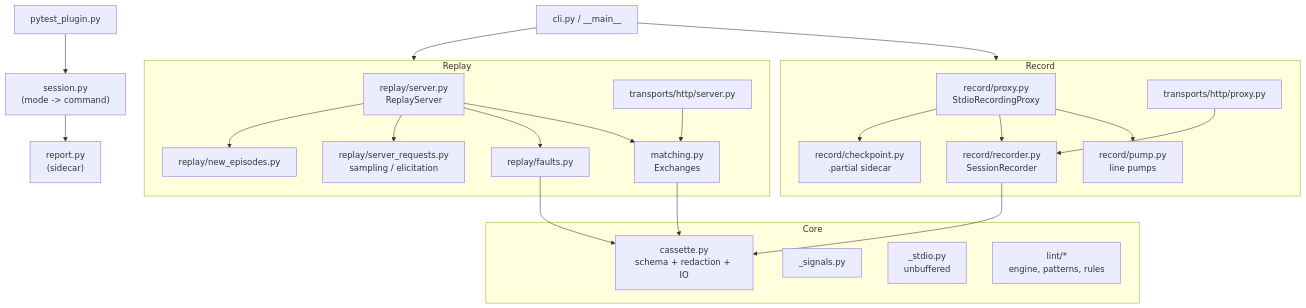
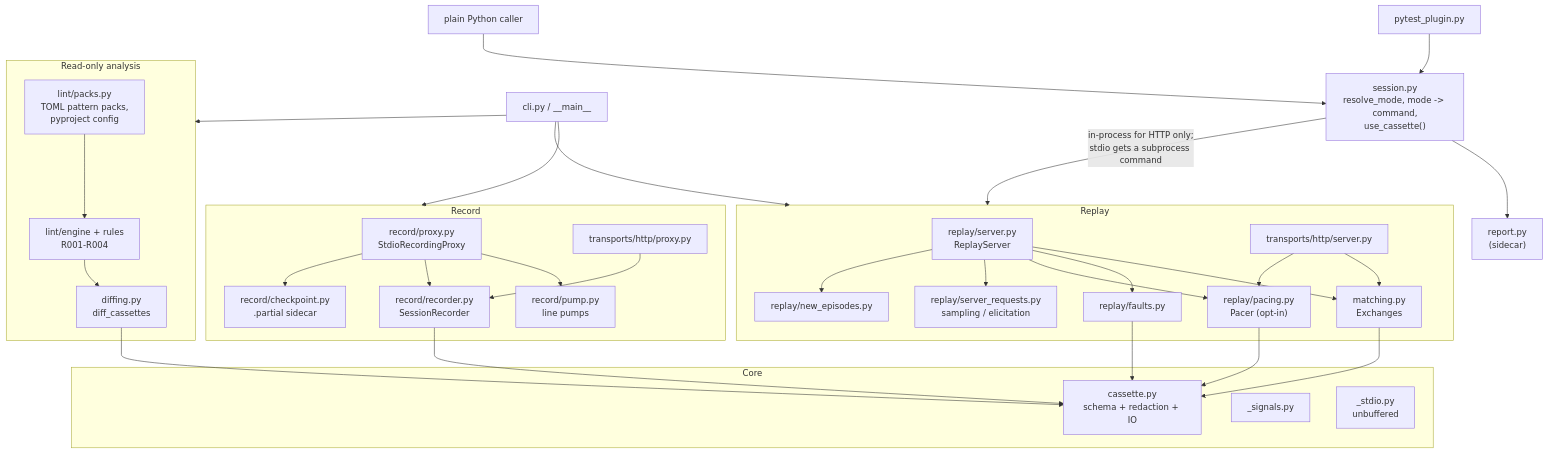
One commit to cheneeheng/mcp-cassette changed the second of 5 diagrams in .agents_workspace/ARCHITECTURE.md. Above: the diagram before and after it, drawn with Mermaid. The commit also changed other lines of this file, not shown here.

First line of the commit message:
docs(architecture): bring the living picture up to v0.3.0

````diff
--- a/.agents_workspace/ARCHITECTURE.md
+++ b/.agents_workspace/ARCHITECTURE.md
@@ -23,33 +25,47 @@
 ```mermaid
 flowchart TB
     cli["cli.py / __main__"] --> rec
     cli --> rep
-    fixture["pytest_plugin.py"] --> session["session.py<br/>(mode -> command)"]
+    cli --> tools
+    fixture["pytest_plugin.py"] --> session["session.py<br/>resolve_mode, mode -> command,<br/>use_cassette()"]
+    library["plain Python caller"] --> session
     session --> report["report.py<br/>(sidecar)"]
 
     subgraph rec["Record"]
         proxy["record/proxy.py<br/>StdioRecordingProxy"] --> pump["record/pump.py<br/>line pumps"]
         proxy --> recorder["record/recorder.py<br/>SessionRecorder"]
         proxy --> ckpt["record/checkpoint.py<br/>.partial sidecar"]
         httpproxy["transports/http/proxy.py"] --> recorder
     end
 
     subgraph rep["Replay"]
         rserver["replay/server.py<br/>ReplayServer"] --> matching["matching.py<br/>Exchanges"]
         rserver --> faults["replay/faults.py"]
+        rserver --> pacing["replay/pacing.py<br/>Pacer (opt-in)"]
         rserver --> sreq["replay/server_requests.py<br/>sampling / elicitation"]
         rserver --> newep["replay/new_episodes.py"]
         httpserver["transports/http/server.py"] --> matching
+        httpserver --> pacing
+    end
+
+    subgraph tools["Read-only analysis"]
+        diffing["diffing.py<br/>diff_cassettes"]
+        lint["lint/engine + rules<br/>R001-R004"]
+        packs["lint/packs.py<br/>TOML pattern packs,<br/>pyproject config"]
+        packs --> lint
+        lint --> diffing
     end
 
     subgraph core["Core"]
         cassette["cassette.py<br/>schema + redaction + IO"]
         signals["_signals.py"]
         stdio["_stdio.py<br/>unbuffered"]
-        lint["lint/*<br/>engine, patterns, rules"]
     end
 
+    session -->|"in-process for HTTP only;<br/>stdio gets a subprocess command"| rep
     recorder --> cassette
     matching --> cassette
     faults --> cassette
+    pacing --> cassette
+    diffing --> cassette
 ```
````
